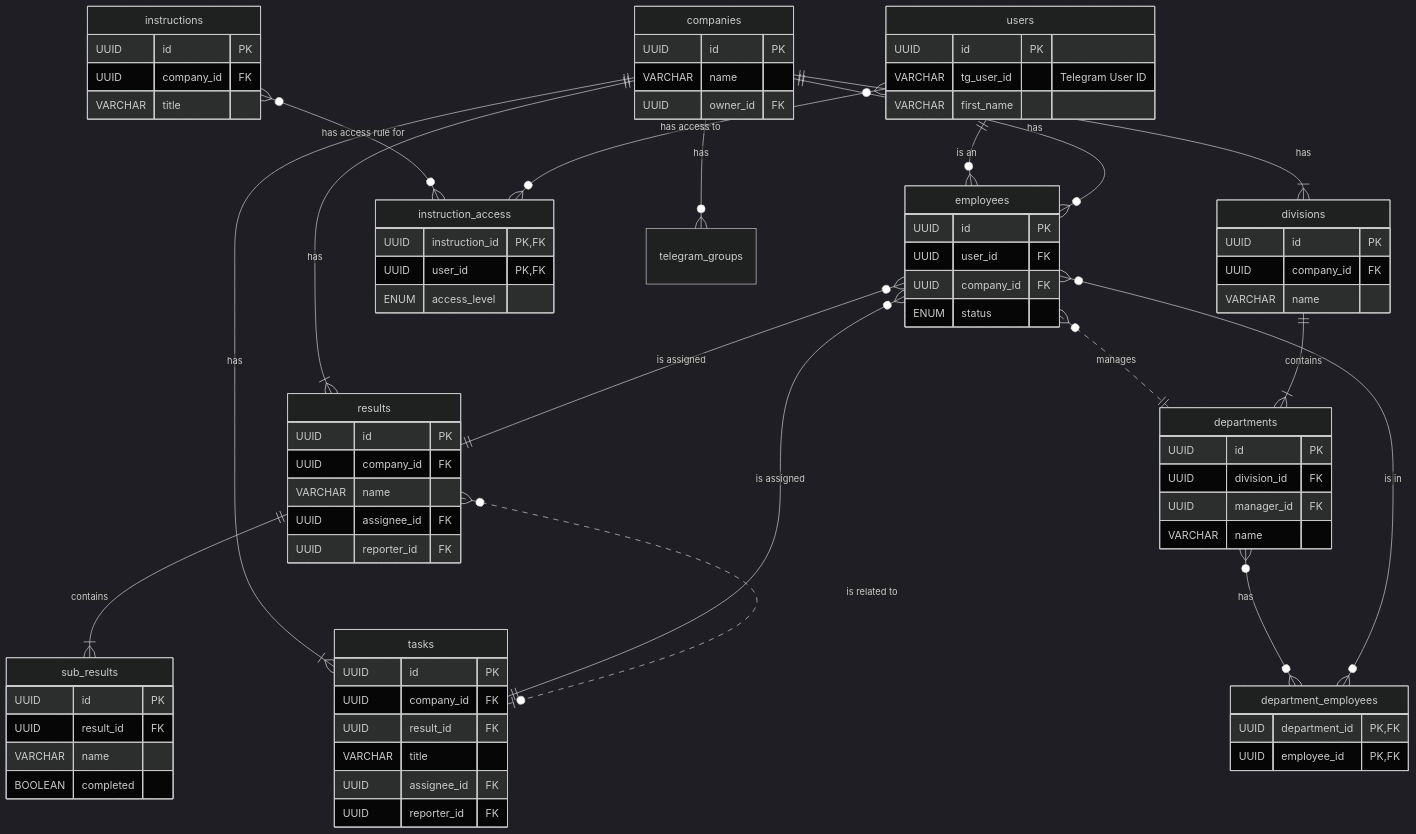
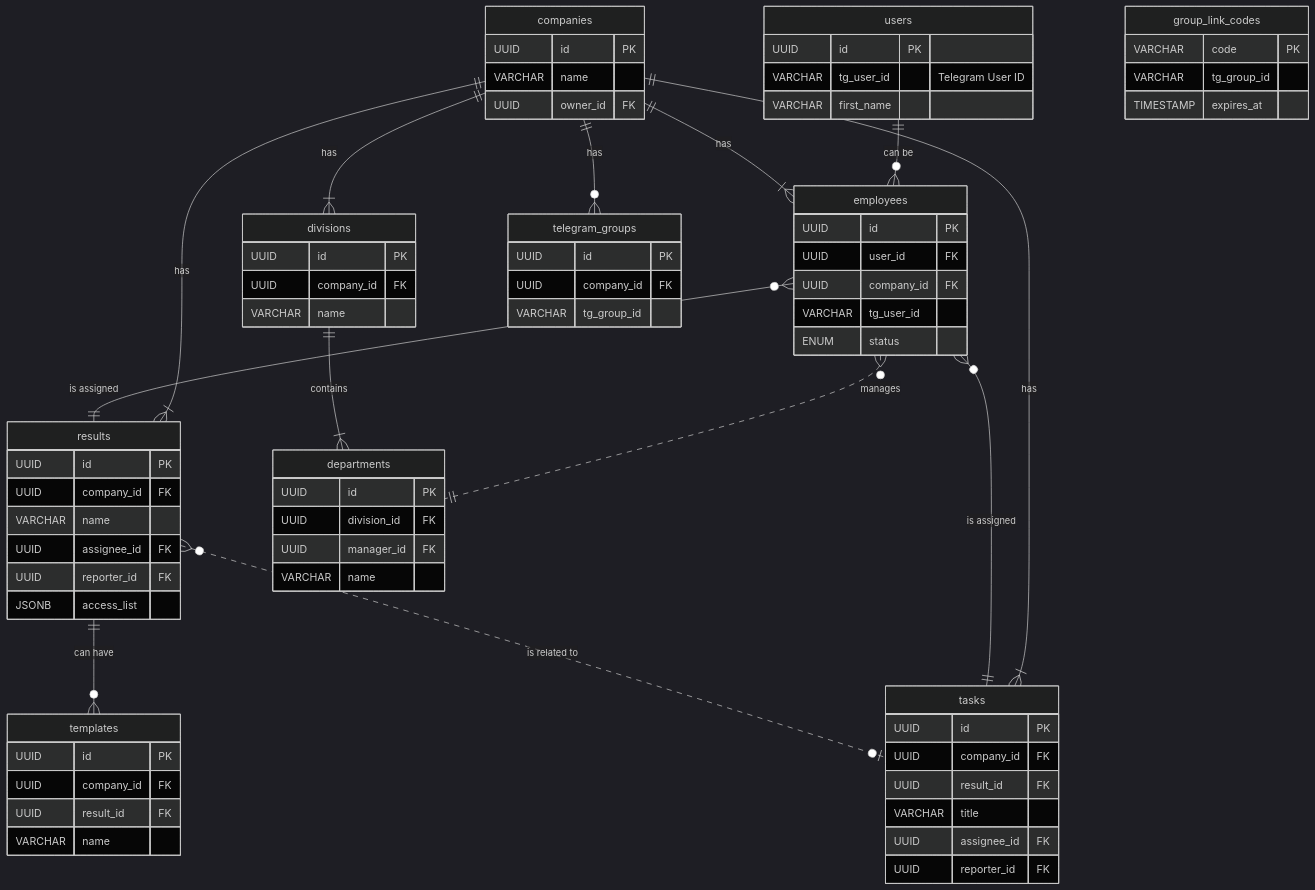
The diagram in docs/database-schema.md (San4ez-mc/ftasks.frontend.firestudio), drawn with Mermaid (dark theme) before and after one commit. The commit also changed other lines of this file and 6 other files, not shown here.

````diff
--- a/docs/database-schema.md
+++ b/docs/database-schema.md
@@ -267,6 +276,7 @@
         UUID id PK
         UUID user_id FK
         UUID company_id FK
+        VARCHAR tg_user_id
         ENUM status
     }
     results {
@@ -275,12 +285,13 @@
         VARCHAR name
         UUID assignee_id FK
         UUID reporter_id FK
+        JSONB access_list
     }
-    sub_results {
+    templates {
         UUID id PK
+        UUID company_id FK
         UUID result_id FK
         VARCHAR name
-        BOOLEAN completed
     }
     tasks {
         UUID id PK
@@ -301,23 +312,20 @@
         UUID manager_id FK
         VARCHAR name
     }
-    department_employees {
-        UUID department_id PK, FK
-        UUID employee_id PK, FK
-    }
-    instructions {
+    telegram_groups {
         UUID id PK
         UUID company_id FK
-        VARCHAR title
+        VARCHAR tg_group_id
     }
-    instruction_access {
-        UUID instruction_id PK, FK
-        UUID user_id PK, FK
-        ENUM access_level
+    group_link_codes {
+        VARCHAR code PK
+        VARCHAR tg_group_id
+        TIMESTAMP expires_at
     }
 
-    users ||--o{ employees : "is an"
-    companies ||--o{ employees : "has"
+
+    users ||--o{ employees : "can be"
+    companies ||--|{ employees : "has"
     companies ||--|{ divisions : "has"
     companies ||--|{ results : "has"
     companies ||--|{ tasks : "has"
@@ -328,12 +336,7 @@
     employees }o..|| departments : "manages"
 
     divisions ||--|{ departments : "contains"
-    departments }o--o{ department_employees : "has"
-    employees }o--o{ department_employees : "is in"
 
-    results ||--|{ sub_results : "contains"
+    results ||--o{ templates: "can have"
     results }o..o| tasks : "is related to"
-
-    instructions }o--o{ instruction_access : "has access rule for"
-    users }o--o{ instruction_access : "has access to"
 ```
````
